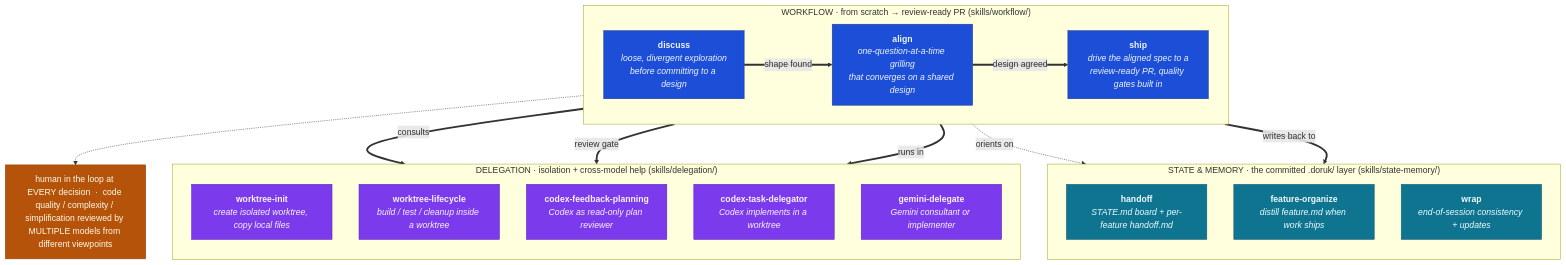
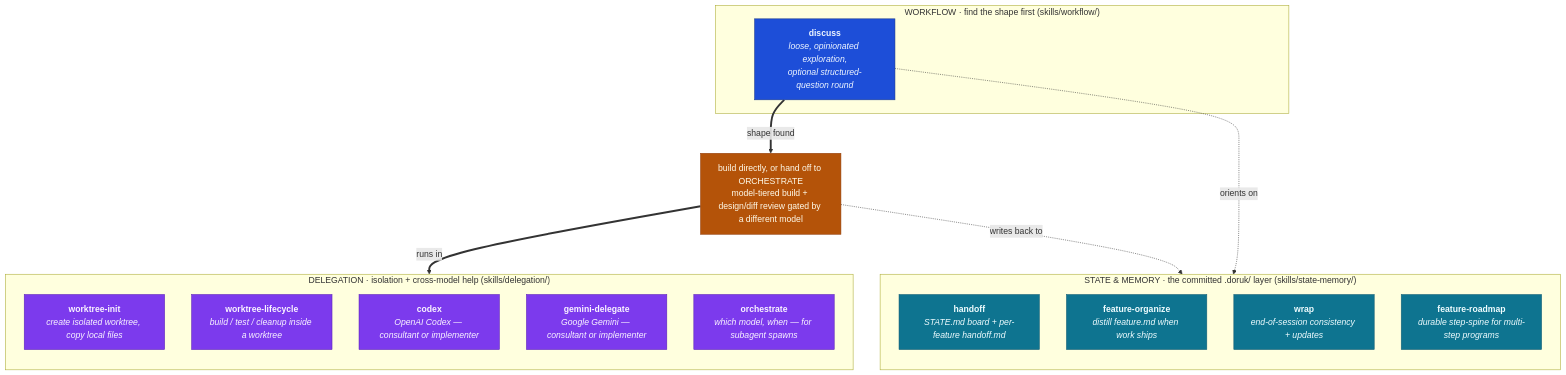
One commit to doruktarhan/doruk-ai-harness changed the diagram in docs/diagram.md. Above: the diagram before and after it, drawn with Mermaid. The commit also changed other lines of this file and 27 other files, not shown here.

First line of the commit message:
v3.0.0: trim for Fable-class models per OpenAI's Astra guidance

````diff
--- a/docs/diagram.md
+++ b/docs/diagram.md
@@ -8,45 +10,39 @@
 ```mermaid
 flowchart TB
-    subgraph WF["WORKFLOW · from scratch → review-ready PR (skills/workflow/)"]
-        direction LR
-        D["<b>discuss</b><br/><i>loose, divergent exploration<br/>before committing to a design</i>"]
-        AL["<b>align</b><br/><i>one-question-at-a-time grilling<br/>that converges on a shared design</i>"]
-        SH["<b>ship</b><br/><i>drive the aligned spec to a<br/>review-ready PR, quality gates built in</i>"]
-        D ==>|"shape found"| AL
-        AL ==>|"design agreed"| SH
+    subgraph WF["WORKFLOW · find the shape first (skills/workflow/)"]
+        D["<b>discuss</b><br/><i>loose, opinionated exploration,<br/>optional structured-question round</i>"]
     end
 
-    HITL["human in the loop at EVERY decision  ·  code quality / complexity / simplification reviewed by MULTIPLE models from different viewpoints"]
-    WF -.-> HITL
+    BUILD["build directly, or hand off to ORCHESTRATE<br/>model-tiered build + design/diff review gated by a different model"]
+    D ==>|"shape found"| BUILD
 
     subgraph SM["STATE &amp; MEMORY · the committed .doruk/ layer (skills/state-memory/)"]
         direction TB
         SM1["<b>handoff</b><br/><i>STATE.md board + per-feature handoff.md</i>"]
         SM2["<b>feature-organize</b><br/><i>distill feature.md when work ships</i>"]
         SM3["<b>wrap</b><br/><i>end-of-session consistency + updates</i>"]
+        SM4["<b>feature-roadmap</b><br/><i>durable step-spine for multi-step programs</i>"]
     end
 
     subgraph DG["DELEGATION · isolation + cross-model help (skills/delegation/)"]
         direction TB
         DG1["<b>worktree-init</b><br/><i>create isolated worktree, copy local files</i>"]
         DG2["<b>worktree-lifecycle</b><br/><i>build / test / cleanup inside a worktree</i>"]
-        DG3["<b>codex-feedback-planning</b><br/><i>Codex as read-only plan reviewer</i>"]
-        DG4["<b>codex-task-delegator</b><br/><i>Codex implements in a worktree</i>"]
-        DG5["<b>gemini-delegate</b><br/><i>Gemini consultant or implementer</i>"]
+        DG3["<b>codex</b><br/><i>OpenAI Codex — consultant or implementer</i>"]
+        DG4["<b>gemini-delegate</b><br/><i>Google Gemini — consultant or implementer</i>"]
+        DG5["<b>orchestrate</b><br/><i>which model, when — for subagent spawns</i>"]
     end
 
     D -.->|orients on| SM1
-    SH ==>|runs in| DG
-    SH ==>|consults| DG3
-    SH ==>|writes back to| SM
-    SH ==>|review gate| DG5
+    BUILD ==>|runs in| DG
+    BUILD -.->|writes back to| SM
 
     classDef wf fill:#1d4ed8,stroke:#1e3a8a,color:#eff6ff;
     classDef hitl fill:#b45309,stroke:#92400e,color:#fffbeb;
     classDef sm fill:#0e7490,stroke:#155e75,color:#f0fdff;
     classDef dg fill:#7c3aed,stroke:#5b21b6,color:#faf5ff;
-    class D,AL,SH wf;
-    class HITL hitl;
-    class SM1,SM2,SM3 sm;
+    class D wf;
+    class BUILD hitl;
+    class SM1,SM2,SM3,SM4 sm;
     class DG1,DG2,DG3,DG4,DG5 dg;
 ```
````
